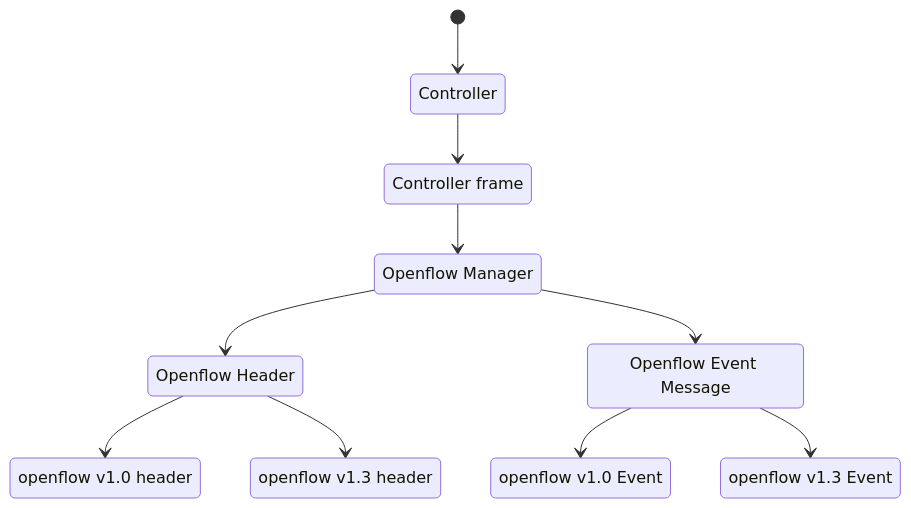
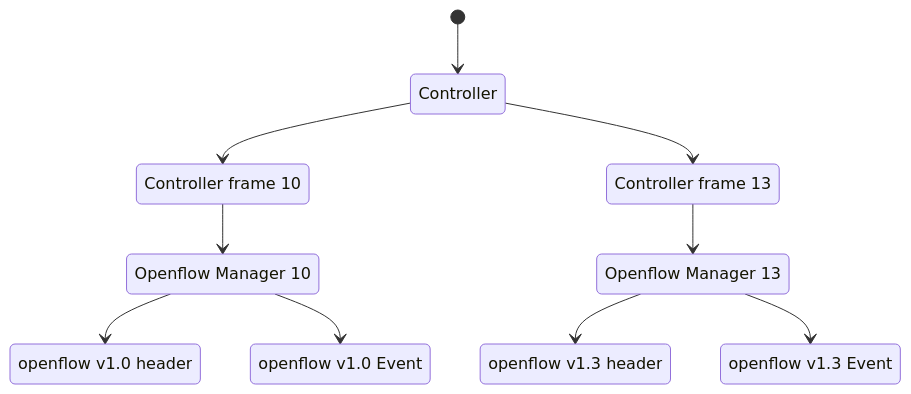
The diagram in README.md (Arikato111/Tenjin), drawn with Mermaid before and after one commit. The commit also changed other lines of this file, not shown here.

Commit message:
update readme and diagram

````diff
--- a/README.md
+++ b/README.md
@@ -26,24 +27,27 @@
 ```mermaid
 stateDiagram
 con: Controller
-conf: Controller frame
-ofp: Openflow Manager
-ofph: Openflow Header
-ofpe: Openflow Event Message
+conf10: Controller frame 10
+conf13: Controller frame 13
+
+ofp10: Openflow Manager 10
+ofp13: Openflow Manager 13
+
 ofpv10_h: openflow v1.0 header
 ofpv10_e: openflow v1.0 Event
 
 ofpv13_h: openflow v1.3 header
 ofpv13_e: openflow v1.3 Event
 
 [*] --> con
-con --> conf
-conf --> ofp
-ofp --> ofph
-ofph --> ofpv10_h
-ofph --> ofpv13_h
+con --> conf10
+conf10 --> ofp10
+ofp10 --> ofpv10_h
+ofp10 --> ofpv10_e
 
-ofp --> ofpe
-ofpe --> ofpv10_e
-ofpe --> ofpv13_e
+con --> conf13
+conf13 --> ofp13
+ofp13 --> ofpv13_h
+ofp13 --> ofpv13_e
+
 ```
````
